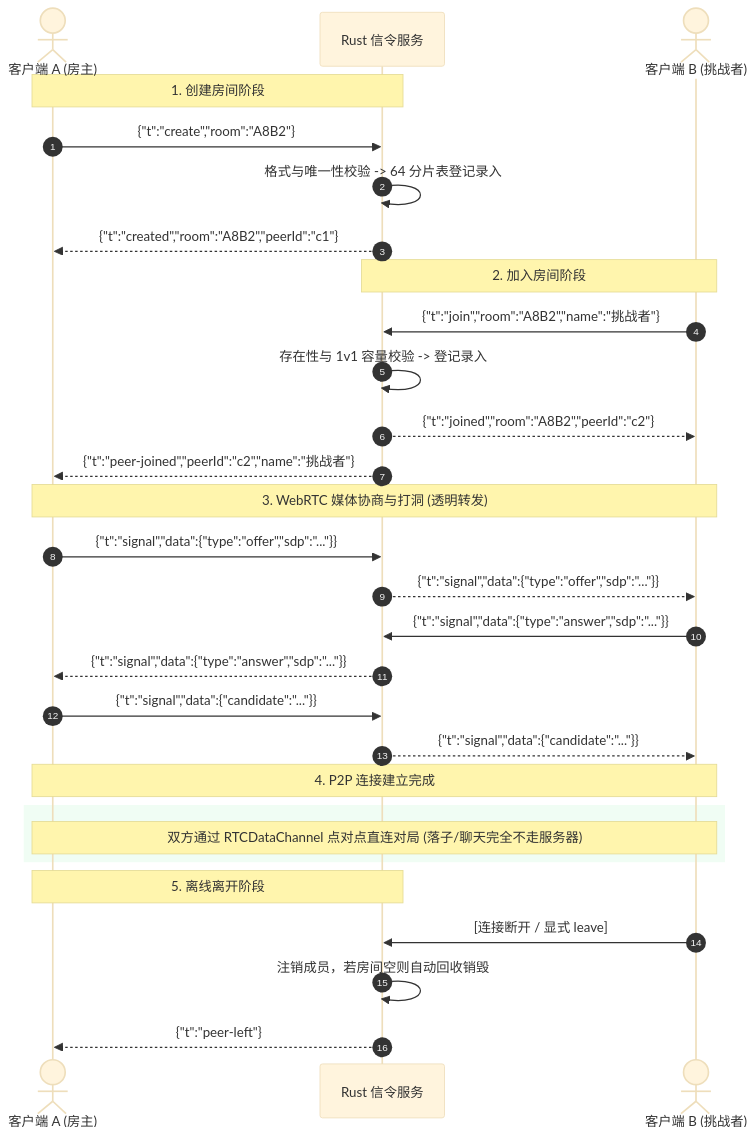
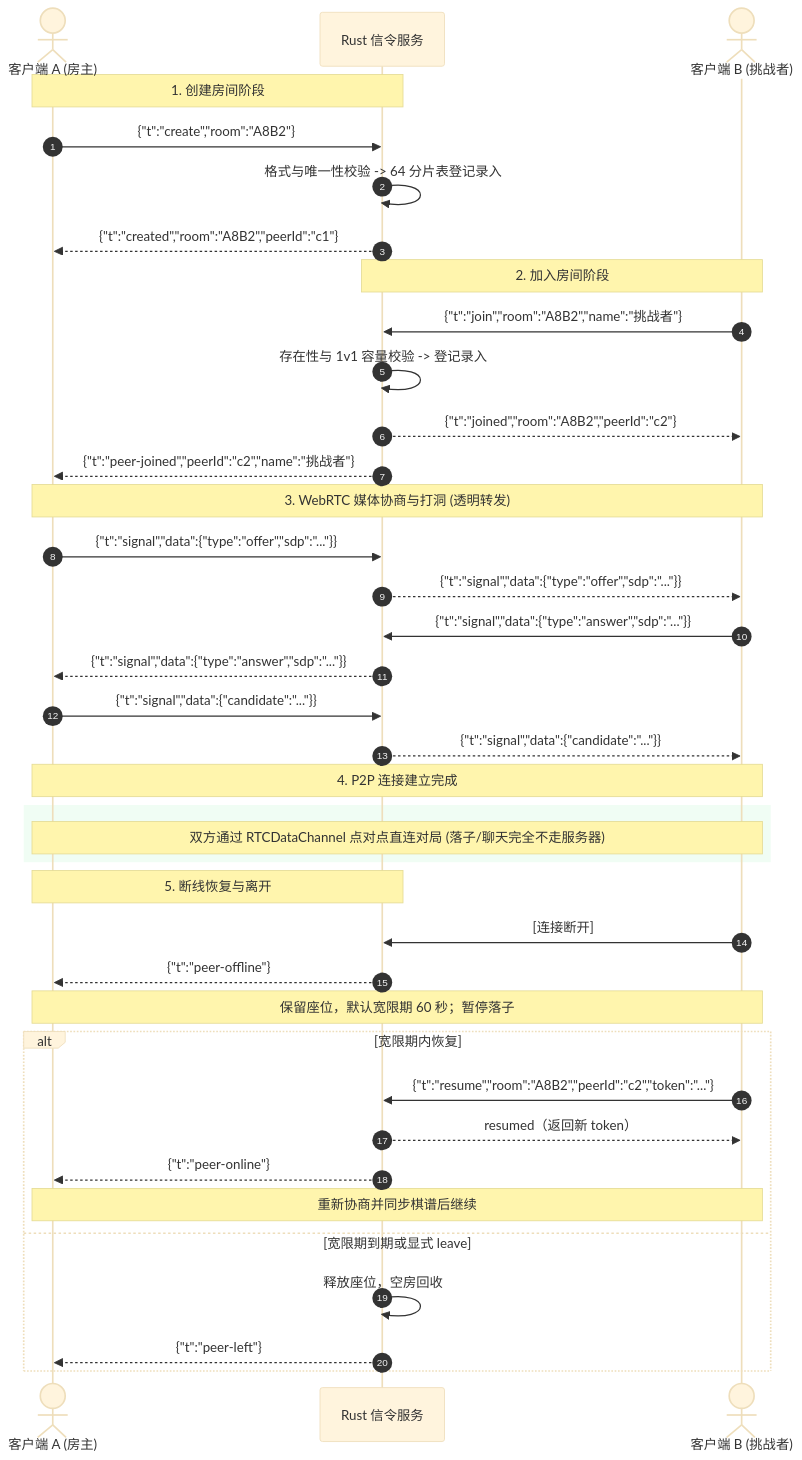
Before and after one commit to zxrneu/webrtc-gomoku: the second of 2 diagrams in apps/signaling-rust/README.md, drawn with Mermaid (base theme). The commit also changed other lines of this file and 17 other files, not shown here.

````diff
--- a/apps/signaling-rust/README.md
+++ b/apps/signaling-rust/README.md
@@ -167,36 +167,45 @@
 ```mermaid
 sequenceDiagram
     autonumber
     actor A as 客户端 A (房主)
     participant S as Rust 信令服务
     actor B as 客户端 B (挑战者)
 
     Note over A,S: 1. 创建房间阶段
     A->>S: {"t":"create","room":"A8B2"}
     S->>S: 格式与唯一性校验 -> 64 分片表登记录入
     S-->>A: {"t":"created","room":"A8B2","peerId":"c1"}
 
     Note over B,S: 2. 加入房间阶段
     B->>S: {"t":"join","room":"A8B2","name":"挑战者"}
     S->>S: 存在性与 1v1 容量校验 -> 登记录入
     S-->>B: {"t":"joined","room":"A8B2","peerId":"c2"}
     S-->>A: {"t":"peer-joined","peerId":"c2","name":"挑战者"}
 
     Note over A,B: 3. WebRTC 媒体协商与打洞 (透明转发)
     A->>S: {"t":"signal","data":{"type":"offer","sdp":"..."}}
     S-->>B: {"t":"signal","data":{"type":"offer","sdp":"..."}}
     B->>S: {"t":"signal","data":{"type":"answer","sdp":"..."}}
     S-->>A: {"t":"signal","data":{"type":"answer","sdp":"..."}}
     A->>S: {"t":"signal","data":{"candidate":"..."}}
     S-->>B: {"t":"signal","data":{"candidate":"..."}}
 
     Note over A,B: 4. P2P 连接建立完成
     rect rgb(240, 253, 244)
     Note over A,B: 双方通过 RTCDataChannel 点对点直连对局 (落子/聊天完全不走服务器)
     end
 
-    Note over A,S: 5. 离线离开阶段
-    B->>S: [连接断开 / 显式 leave]
-    S->>S: 注销成员，若房间空则自动回收销毁
-    S-->>A: {"t":"peer-left"}
+    Note over A,S: 5. 断线恢复与离开
+    B->>S: [连接断开]
+    S-->>A: {"t":"peer-offline"}
+    Note over A,B: 保留座位，默认宽限期 60 秒；暂停落子
+    alt 宽限期内恢复
+        B->>S: {"t":"resume","room":"A8B2","peerId":"c2","token":"..."}
+        S-->>B: resumed（返回新 token）
+        S-->>A: {"t":"peer-online"}
+        Note over A,B: 重新协商并同步棋谱后继续
+    else 宽限期到期或显式 leave
+        S->>S: 释放座位，空房回收
+        S-->>A: {"t":"peer-left"}
+    end
 ```
````
